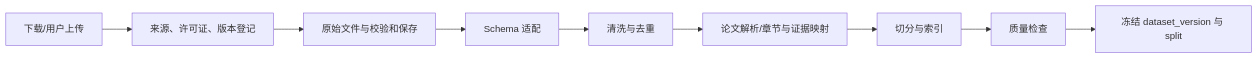
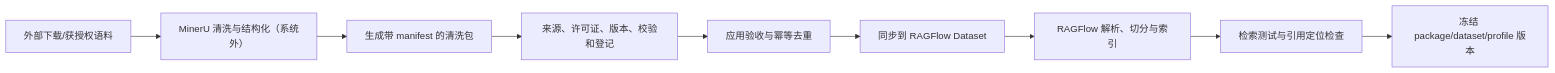
Before and after one commit to szy2334/ragflow-course-project: the sixth of 11 diagrams in 科研论文智能阅读系统_完整项目设计文档.md, drawn with Mermaid. The commit also changed other lines of this file, not shown here.

Commit message:
docs: adopt MinerU and RAGFlow pipeline

```diff
--- a/科研论文智能阅读系统_完整项目设计文档.md
+++ b/科研论文智能阅读系统_完整项目设计文档.md
@@ -758,11 +741,11 @@
 ~~~mermaid
 flowchart LR
-    A["下载/用户上传"] --> B["来源、许可证、版本登记"]
-    B --> C["原始文件与校验和保存"]
-    C --> D["Schema 适配"]
-    D --> E["清洗与去重"]
-    E --> F["论文解析/章节与证据映射"]
-    F --> G["切分与索引"]
-    G --> H["质量检查"]
-    H --> I["冻结 dataset_version 与 split"]
+    A["外部下载/获授权语料"] --> B["MinerU 清洗与结构化（系统外）"]
+    B --> C["生成带 manifest 的清洗包"]
+    C --> D["来源、许可证、版本、校验和登记"]
+    D --> E["应用验收与幂等去重"]
+    E --> F["同步到 RAGFlow Dataset"]
+    F --> G["RAGFlow 解析、切分与索引"]
+    G --> H["检索测试与引用定位检查"]
+    H --> I["冻结 package/dataset/profile 版本"]
 ~~~
```
